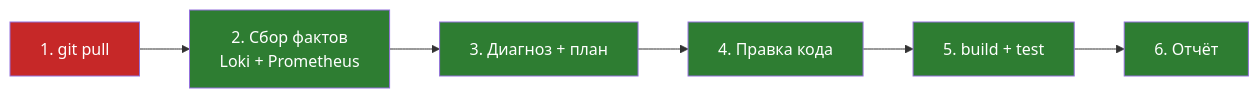
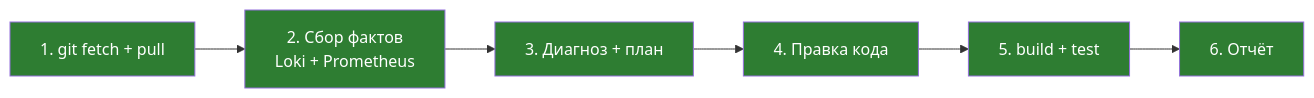
Before and after one commit to omsk1984-hub/LLMNetHelper: the diagram in plans/8_continue-or-alternatives-report.md, drawn with Mermaid. The commit also changed other lines of this file, not shown here.

````diff
--- a/plans/8_continue-or-alternatives-report.md
+++ b/plans/8_continue-or-alternatives-report.md
@@ -48,15 +43,15 @@
 ```mermaid
 flowchart LR
-    A[1. git pull] --> B["2. Сбор фактов<br/>Loki + Prometheus"]
+    A[1. git fetch + pull] --> B["2. Сбор фактов<br/>Loki + Prometheus"]
     B --> C[3. Диагноз + план]
     C --> D[4. Правка кода]
     D --> E[5. build + test]
     E --> F[6. Отчёт]
 
+    style A fill:#2e7d32,color:#fff
     style B fill:#2e7d32,color:#fff
     style C fill:#2e7d32,color:#fff
     style D fill:#2e7d32,color:#fff
     style E fill:#2e7d32,color:#fff
     style F fill:#2e7d32,color:#fff
-    style A fill:#c62828,color:#fff
 ```
````
